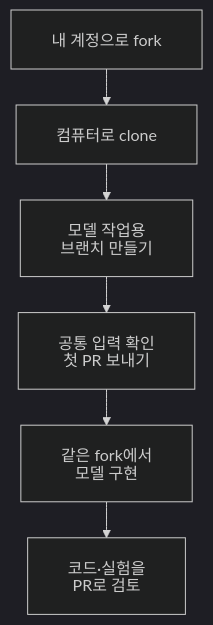
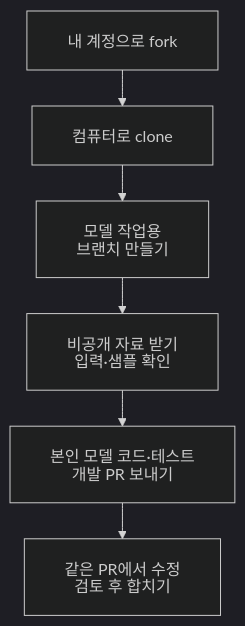
The diagram in docs/LEARNING_WORKFLOW.md (WaterMinCho/programming-study), drawn with Mermaid (dark theme) before and after one commit. The commit also changed other lines of this file and 15 other files, not shown here.

````diff
--- a/docs/LEARNING_WORKFLOW.md
+++ b/docs/LEARNING_WORKFLOW.md
@@ -7,17 +7,17 @@
 ```mermaid
 ---
 config:
   htmlLabels: false
   flowchart:
     padding: 20
     wrappingWidth: 240
     nodeSpacing: 32
     rankSpacing: 36
 ---
 flowchart TD
     A["내 계정으로 fork"] --> B["컴퓨터로 clone"]
     B --> C["모델 작업용<br/>브랜치 만들기"]
-    C --> D["공통 입력 확인<br/>첫 PR 보내기"]
-    D --> E["같은 fork에서<br/>모델 구현"]
-    E --> F["코드·실험을<br/>PR로 검토"]
+    C --> D["비공개 자료 받기<br/>입력·샘플 확인"]
+    D --> E["본인 모델 코드·테스트<br/>개발 PR 보내기"]
+    E --> F["같은 PR에서 수정<br/>검토 후 합치기"]
 ```
````
